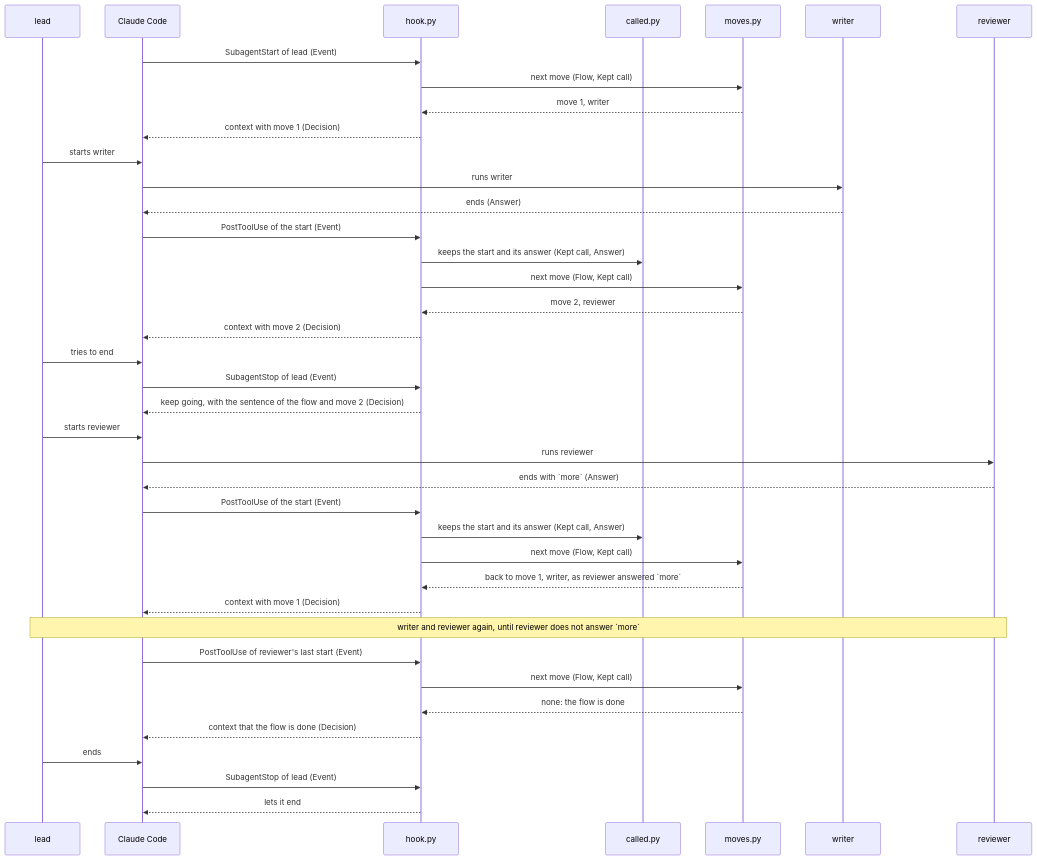
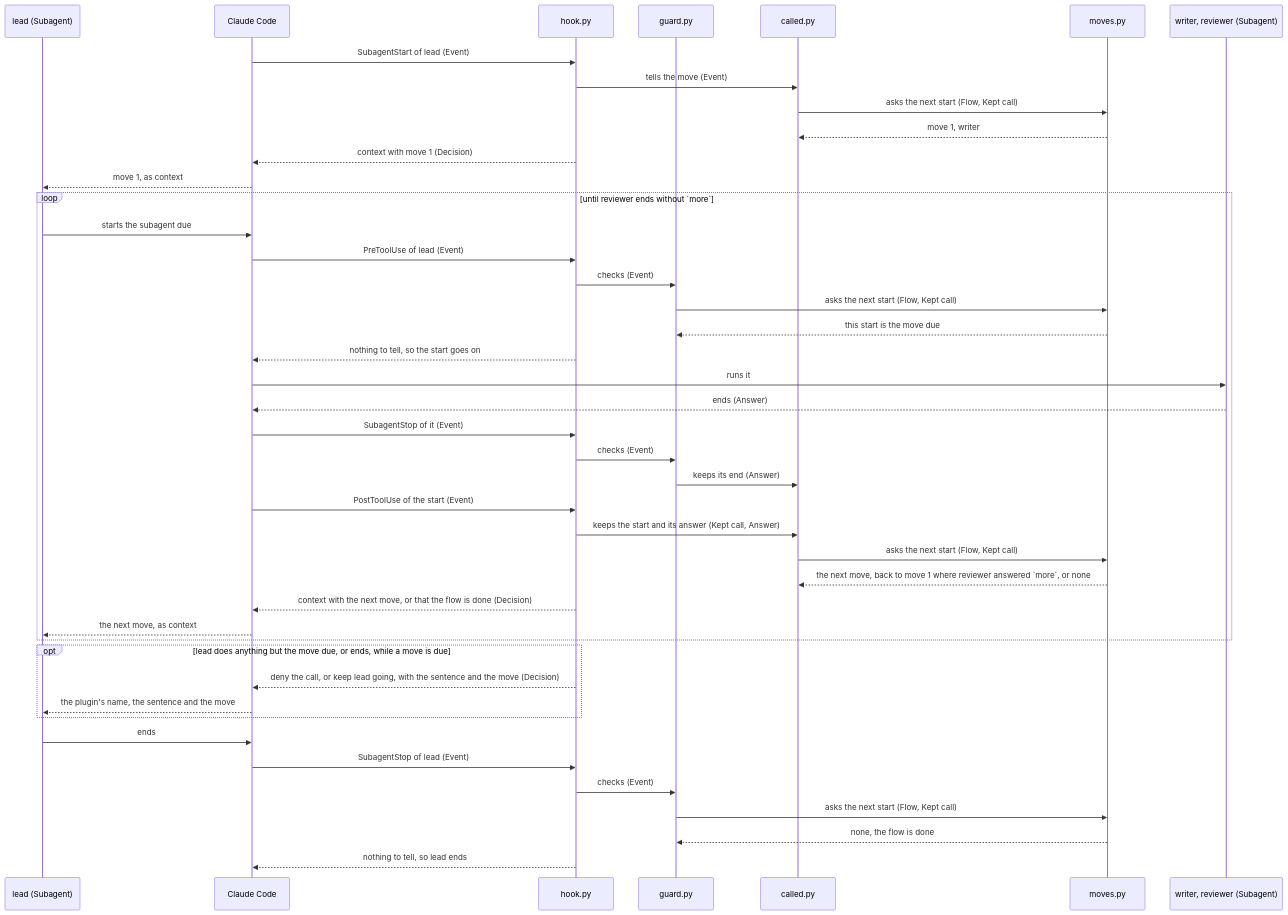
Before and after one commit to lovaizu/ccpm: the fourth of 4 diagrams in dev/lane/architecture.md, drawn with Mermaid. The commit also changed other lines of this file and 3 other files, not shown here.

First line of the commit message:
lane's architecture made again by architecture's best practice from the new UX and README: no stop on either run's main path, as flow.md and the code have it; the shared principles Lane follows named by number; the code's names mapped once to the UX's

````diff
--- a/dev/lane/architecture.md
+++ b/dev/lane/architecture.md
@@ -178,41 +199,45 @@
 ```mermaid
 sequenceDiagram
-  participant O as lead
+  participant O as lead (Subagent)
   participant CC as Claude Code
   participant H as hook.py
+  participant G as guard.py
   participant C as called.py
   participant M as moves.py
-  participant W as writer
-  participant R as reviewer
+  participant S as writer, reviewer (Subagent)
   CC->>H: SubagentStart of lead (Event)
-  H->>M: next move (Flow, Kept call)
-  M-->>H: move 1, writer
+  H->>C: tells the move (Event)
+  C->>M: asks the next start (Flow, Kept call)
+  M-->>C: move 1, writer
   H-->>CC: context with move 1 (Decision)
-  O->>CC: starts writer
-  CC->>W: runs writer
-  W-->>CC: ends (Answer)
-  CC->>H: PostToolUse of the start (Event)
-  H->>C: keeps the start and its answer (Kept call, Answer)
-  H->>M: next move (Flow, Kept call)
-  M-->>H: move 2, reviewer
-  H-->>CC: context with move 2 (Decision)
-  O->>CC: tries to end
-  CC->>H: SubagentStop of lead (Event)
-  H-->>CC: keep going, with the sentence of the flow and move 2 (Decision)
-  O->>CC: starts reviewer
-  CC->>R: runs reviewer
-  R-->>CC: ends with `more` (Answer)
-  CC->>H: PostToolUse of the start (Event)
-  H->>C: keeps the start and its answer (Kept call, Answer)
-  H->>M: next move (Flow, Kept call)
-  M-->>H: back to move 1, writer, as reviewer answered `more`
-  H-->>CC: context with move 1 (Decision)
-  Note over O,R: writer and reviewer again, until reviewer does not answer `more`
-  CC->>H: PostToolUse of reviewer's last start (Event)
-  H->>M: next move (Flow, Kept call)
-  M-->>H: none: the flow is done
-  H-->>CC: context that the flow is done (Decision)
+  CC-->>O: move 1, as context
+  loop until reviewer ends without `more`
+    O->>CC: starts the subagent due
+    CC->>H: PreToolUse of lead (Event)
+    H->>G: checks (Event)
+    G->>M: asks the next start (Flow, Kept call)
+    M-->>G: this start is the move due
+    H-->>CC: nothing to tell, so the start goes on
+    CC->>S: runs it
+    S-->>CC: ends (Answer)
+    CC->>H: SubagentStop of it (Event)
+    H->>G: checks (Event)
+    G->>C: keeps its end (Answer)
+    CC->>H: PostToolUse of the start (Event)
+    H->>C: keeps the start and its answer (Kept call, Answer)
+    C->>M: asks the next start (Flow, Kept call)
+    M-->>C: the next move, back to move 1 where reviewer answered `more`, or none
+    H-->>CC: context with the next move, or that the flow is done (Decision)
+    CC-->>O: the next move, as context
+  end
+  opt lead does anything but the move due, or ends, while a move is due
+    H-->>CC: deny the call, or keep lead going, with the sentence and the move (Decision)
+    CC-->>O: the plugin's name, the sentence and the move
+  end
   O->>CC: ends
   CC->>H: SubagentStop of lead (Event)
-  H-->>CC: lets it end
+  H->>G: checks (Event)
+  G->>M: asks the next start (Flow, Kept call)
+  M-->>G: none, the flow is done
+  H-->>CC: nothing to tell, so lead ends
 ```
````
